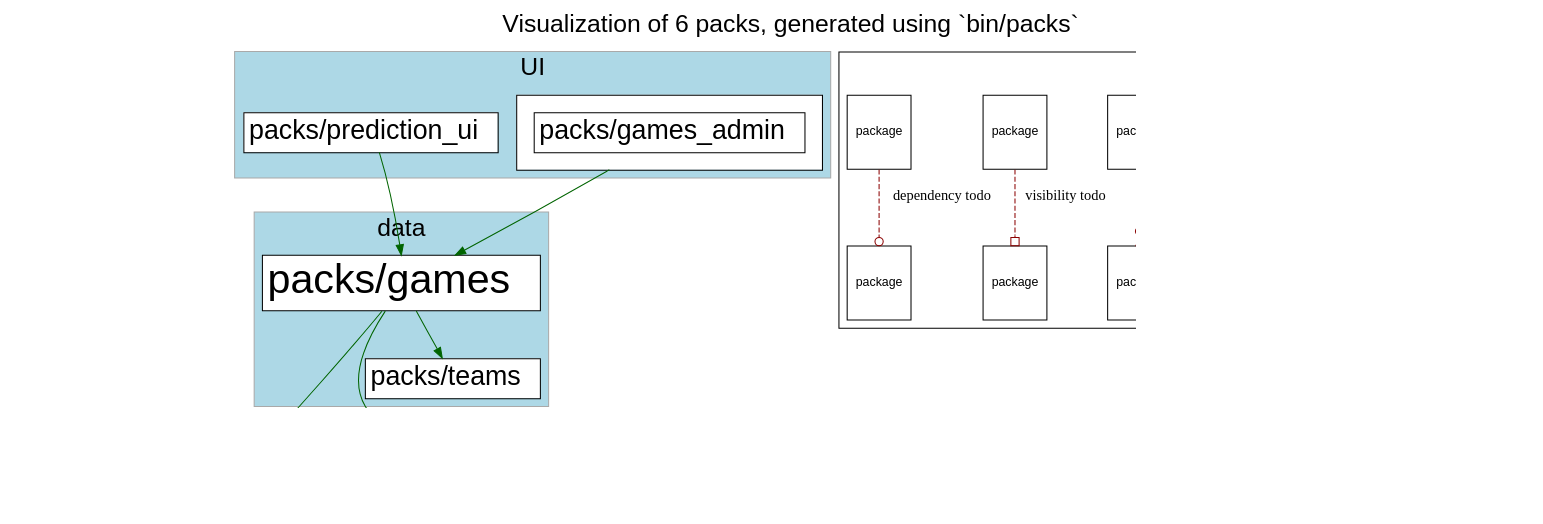
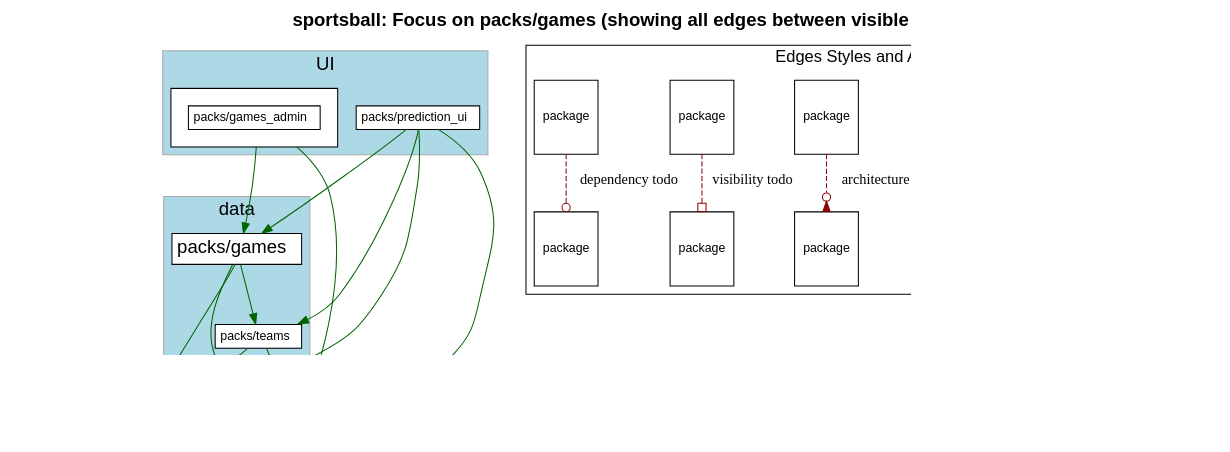
Before and after one commit to shageman/package-based-rails-applications-book: the diagram in c6s01/sportsball/packs/games/packs.dot, drawn with Graphviz. The commit also changed 3077 other files, not shown here.

Commit message:
Better graphs from updated visualize_packwerk

```diff
--- a/c6s01/sportsball/packs/games/packs.dot
+++ b/c6s01/sportsball/packs/games/packs.dot
@@ -1,13 +1,12 @@
 digraph package_diagram {
   rankdir=TD
-
   graph [
     labelloc="t"
     fontname="Helvetica,Arial,sans-serif"
     dpi=100
     layout=dot
-    label="Visualization of 6 packs, generated using `bin/packs`",
-    fontsize=24
+    label=<<b>sportsball: Focus on packs/games (showing all edges between visible packs)</b>>
+    fontsize=18
   ]
   node [
     fontname="Helvetica,Arial,sans-serif"
@@ -19,43 +18,33 @@
     style=filled
     shape=plain
   ]
-
     subgraph app {
       shape=box
       color=darkgrey
       fillcolor=lightblue
       style=filled
-
         label="app"
         cluster=true
-        rank = 0
-
-    }
+        rank = 0    }
     subgraph UI {
       shape=box
       color=darkgrey
       fillcolor=lightblue
       style=filled
-
         label="UI"
         cluster=true
-        rank = 1
-
-        "packs/prediction_ui" [
-            fontsize=26.0
-              URL="https://github.com/shageman/package-based-rails-applications-book/tree/main/c4s07/sportsball/packs/prediction_ui"
-            label=               <
+        rank = 1        "packs/prediction_ui" [
+            fontsize=12.0
+            label= <
                 <table border='0' cellborder='1' cellspacing='0' cellpadding='4'>
                   <tr> <td align='left'> packs/prediction_ui </td> </tr>
                 </table>
               >
           ]
-
+        
         "packs/games_admin" [
-            fontsize=26.0
-              URL="https://github.com/shageman/package-based-rails-applications-book/tree/main/c4s07/sportsball/packs/games_admin"
-            label= 
-              <
+            fontsize=12.0
+            label= <
                 <table border='0' cellborder='1' cellspacing='0' cellpadding='16'><tr><td>
                   <table border='0' cellborder='1' cellspacing='0' cellpadding='4'>
                     <tr> <td port='private'> packs/games_admin </td> </tr>
@@ -63,66 +52,48 @@
                 </td></tr></table>
               >
           ]
-
+        
     }
     subgraph data {
       shape=box
       color=darkgrey
       fillcolor=lightblue
       style=filled
-
         label="data"
         cluster=true
-        rank = 2
-
-        "packs/games" [
-            fontsize=40.0
-              URL="https://github.com/shageman/package-based-rails-applications-book/tree/main/c4s07/sportsball/packs/games"
-            label=               <
+        rank = 2        "packs/games" [
+            fontsize=18.0
+            label= <
                 <table border='0' cellborder='1' cellspacing='0' cellpadding='4'>
                   <tr> <td align='left'> packs/games </td> </tr>
                 </table>
               >
           ]
-
-                "packs/prediction_ui" -> "packs/games" [
-                  style=invis
-                ]
-                "packs/games_admin" -> "packs/games" [
-                  style=invis
-                ]
+        
         "packs/teams" [
-            fontsize=26.0
-              URL="https://github.com/shageman/package-based-rails-applications-book/tree/main/c4s07/sportsball/packs/teams"
-            label=               <
+            fontsize=12.0
+            label= <
                 <table border='0' cellborder='1' cellspacing='0' cellpadding='4'>
                   <tr> <td align='left'> packs/teams </td> </tr>
                 </table>
               >
           ]
-
-                "packs/prediction_ui" -> "packs/teams" [
-                  style=invis
-                ]
-                "packs/games_admin" -> "packs/teams" [
-                  style=invis
-                ]
+        
     }
+              "packs/prediction_ui" -> "packs/games" [ style=invis ]
+              "packs/games_admin" -> "packs/games" [ style=invis ]
+              "packs/prediction_ui" -> "packs/teams" [ style=invis ]
+              "packs/games_admin" -> "packs/teams" [ style=invis ]
     subgraph utility {
       shape=box
       color=darkgrey
       fillcolor=lightblue
       style=filled
-
         label="utility"
         cluster=true
-        rank = 3
-
-        "packs/predictor_interface" [
-            fontsize=26.0
-              URL="https://github.com/shageman/package-based-rails-applications-book/tree/main/c4s07/sportsball/packs/predictor_interface"
-            label= 
-              <
+        rank = 3        "packs/predictor_interface" [
+            fontsize=12.0
+            label= <
                 <table border='0' cellborder='1' cellspacing='0' cellpadding='16'><tr><td>
                   <table border='0' cellborder='1' cellspacing='0' cellpadding='4'>
                     <tr> <td port='private'> packs/predictor_interface </td> </tr>
@@ -130,59 +101,42 @@
                 </td></tr></table>
               >
           ]
-
-                "packs/games" -> "packs/predictor_interface" [
-                  style=invis
-                ]
-                "packs/teams" -> "packs/predictor_interface" [
-                  style=invis
-                ]
+        
         "packs/rails_shims" [
-            fontsize=26.0
-              URL="https://github.com/shageman/package-based-rails-applications-book/tree/main/c4s07/sportsball/packs/rails_shims"
-            label=               <
+            fontsize=12.0
+            label= <
                 <table border='0' cellborder='1' cellspacing='0' cellpadding='4'>
                   <tr> <td align='left'> packs/rails_shims </td> </tr>
                 </table>
               >
           ]
-
-                "packs/games" -> "packs/rails_shims" [
-                  style=invis
-                ]
-                "packs/teams" -> "packs/rails_shims" [
-                  style=invis
-                ]
+        
     }
+              "packs/games" -> "packs/predictor_interface" [ style=invis ]
+              "packs/teams" -> "packs/predictor_interface" [ style=invis ]
+              "packs/games" -> "packs/rails_shims" [ style=invis ]
+              "packs/teams" -> "packs/rails_shims" [ style=invis ]
     subgraph NotInLayer {
       shape=box
       color=darkgrey
       fillcolor=lightblue
       style=filled
-
-
+        cluster=false
     }
-
-          "packs/games" -> "packs/predictor_interface" [
-            color=darkgreen
-          ]
-          "packs/games" -> "packs/rails_shims" [
-            color=darkgreen
-          ]
-          "packs/games" -> "packs/teams" [
-            color=darkgreen
-          ]
-          "packs/prediction_ui" -> "packs/games" [
-            color=darkgreen
-          ]
-          "packs/games_admin" -> "packs/games" [
-            color=darkgreen
-          ]
-
-
+          "packs/games" -> "packs/predictor_interface" [ color=darkgreen ]
+          "packs/games" -> "packs/rails_shims" [ color=darkgreen ]
+          "packs/games" -> "packs/teams" [ color=darkgreen ]
+          "packs/prediction_ui" -> "packs/games" [ color=darkgreen ]
+          "packs/prediction_ui" -> "packs/predictor_interface" [ color=darkgreen ]
+          "packs/prediction_ui" -> "packs/rails_shims" [ color=darkgreen ]
+          "packs/prediction_ui" -> "packs/teams" [ color=darkgreen ]
+          "packs/games_admin" -> "packs/games" [ color=darkgreen ]
+          "packs/games_admin" -> "packs/rails_shims" [ color=darkgreen ]
+          "packs/teams" -> "packs/predictor_interface" [ color=darkgreen ]
+          "packs/teams" -> "packs/rails_shims" [ color=darkgreen ]
   subgraph cluster_legend {
-    label="Legend"
-
+    fontsize=16
+    label="Edges Styles and Arrow Heads"
     A [ fontsize=12 shape=box label="package"]
     B [ fontsize=12 shape=box label="package"]
     C [ fontsize=12 shape=box label="package"]
@@ -193,11 +147,17 @@
     H [ fontsize=12 shape=box label="package"]
     I [ fontsize=12 shape=box label="package"]
     J [ fontsize=12 shape=box label="package"]
-
     A -> B [label="accepted dependency" color=darkgreen]
     C -> D [label="privac todo" color=darkred style=dashed arrowhead=crow]
     E -> F [label="architecture todo" color=darkred style=dashed arrowhead=invodot]
     G -> H [label="visibility todo" color=darkred style=dashed arrowhead=obox]
     I -> J [label="dependency todo" color=darkred style=dashed arrowhead=odot]
   }
+  subgraph cluster_teams_legend {
+    fontsize=16
+    label="Team Colors"
+
+
+  }
+  J -> "" [style=invis]
 }
```
